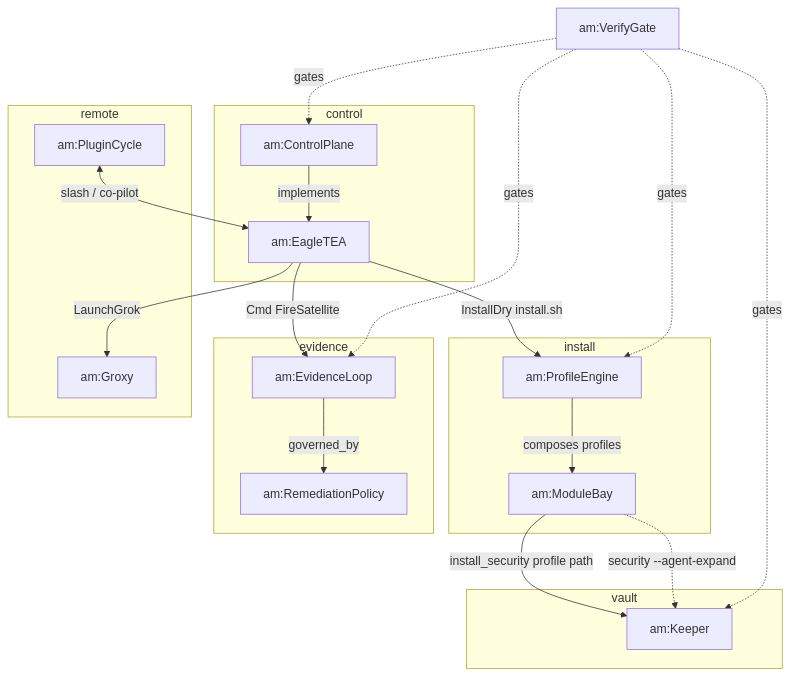
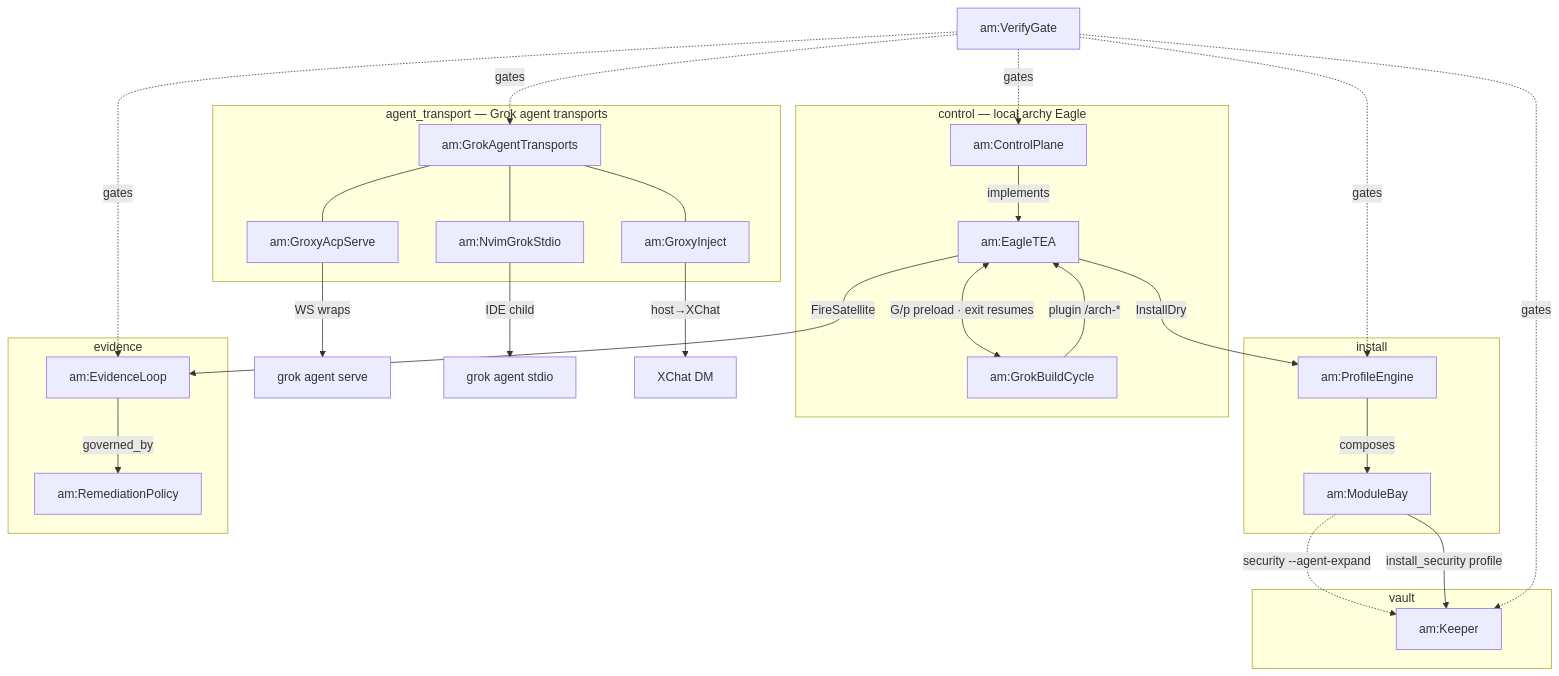
One commit to p10ns11y/arch-machine changed the diagram in .agents/ontology/GRAPH.md. Above: the diagram before and after it, drawn with Mermaid. The commit also changed other lines of this file and 5 other files, not shown here.

First line of the commit message:
fix(ontology): split archy↔Grok Build from Grok agent transports

````diff
--- a/.agents/ontology/GRAPH.md
+++ b/.agents/ontology/GRAPH.md
@@ -5,37 +5,55 @@
 ```mermaid
 flowchart TB
-  subgraph control["control"]
+  subgraph control["control — local archy Eagle"]
     CP[am:ControlPlane]
     Eagle[am:EagleTEA]
+    GB[am:GrokBuildCycle]
   end
+
   subgraph install["install"]
     PE[am:ProfileEngine]
     MB[am:ModuleBay]
   end
+
   subgraph evidence["evidence"]
     EL[am:EvidenceLoop]
     RP[am:RemediationPolicy]
   end
-  subgraph remote["remote"]
-    GX[am:Groxy]
-    PL[am:PluginCycle]
+
+  subgraph transport["agent_transport — Grok agent transports"]
+    GAT[am:GrokAgentTransports]
+    Serve[am:GroxyAcpServe]
+    Stdio[am:NvimGrokStdio]
+    Inj[am:GroxyInject]
   end
+
   subgraph vault["vault"]
     KP[am:Keeper]
   end
+
   VG[am:VerifyGate]
 
   CP -->|implements| Eagle
-  Eagle -->|Cmd FireSatellite| EL
-  Eagle -->|InstallDry install.sh| PE
-  Eagle -->|LaunchGrok| GX
-  PL <-->|slash / co-pilot| Eagle
-  PE -->|composes profiles| MB
-  MB -->|install_security profile path| KP
+  Eagle -->|FireSatellite| EL
+  Eagle -->|InstallDry| PE
+  Eagle <-->|G/p preload · exit resumes| GB
+  GB -->|plugin /arch-*| Eagle
+
+  PE -->|composes| MB
   MB -.->|security --agent-expand| KP
+  MB -->|install_security profile| KP
   EL -->|governed_by| RP
+
+  GAT --- Serve
+  GAT --- Stdio
+  GAT --- Inj
+  Serve -->|WS wraps| AgentWS[grok agent serve]
+  Stdio -->|IDE child| AgentIO[grok agent stdio]
+  Inj -->|host→XChat| XChat[XChat DM]
+
   VG -.->|gates| CP
   VG -.->|gates| PE
   VG -.->|gates| EL
   VG -.->|gates| KP
+  VG -.->|gates| GAT
 ```
````
